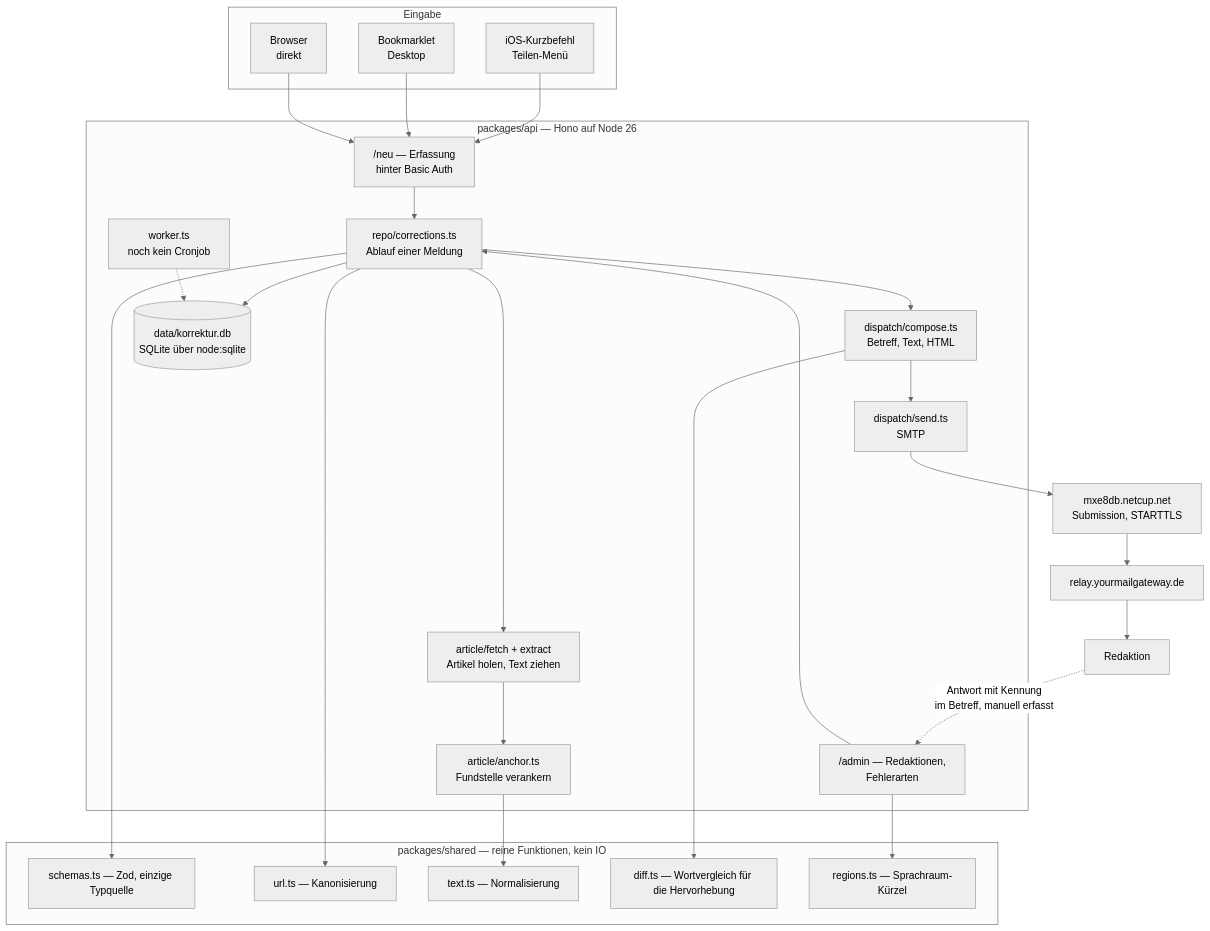
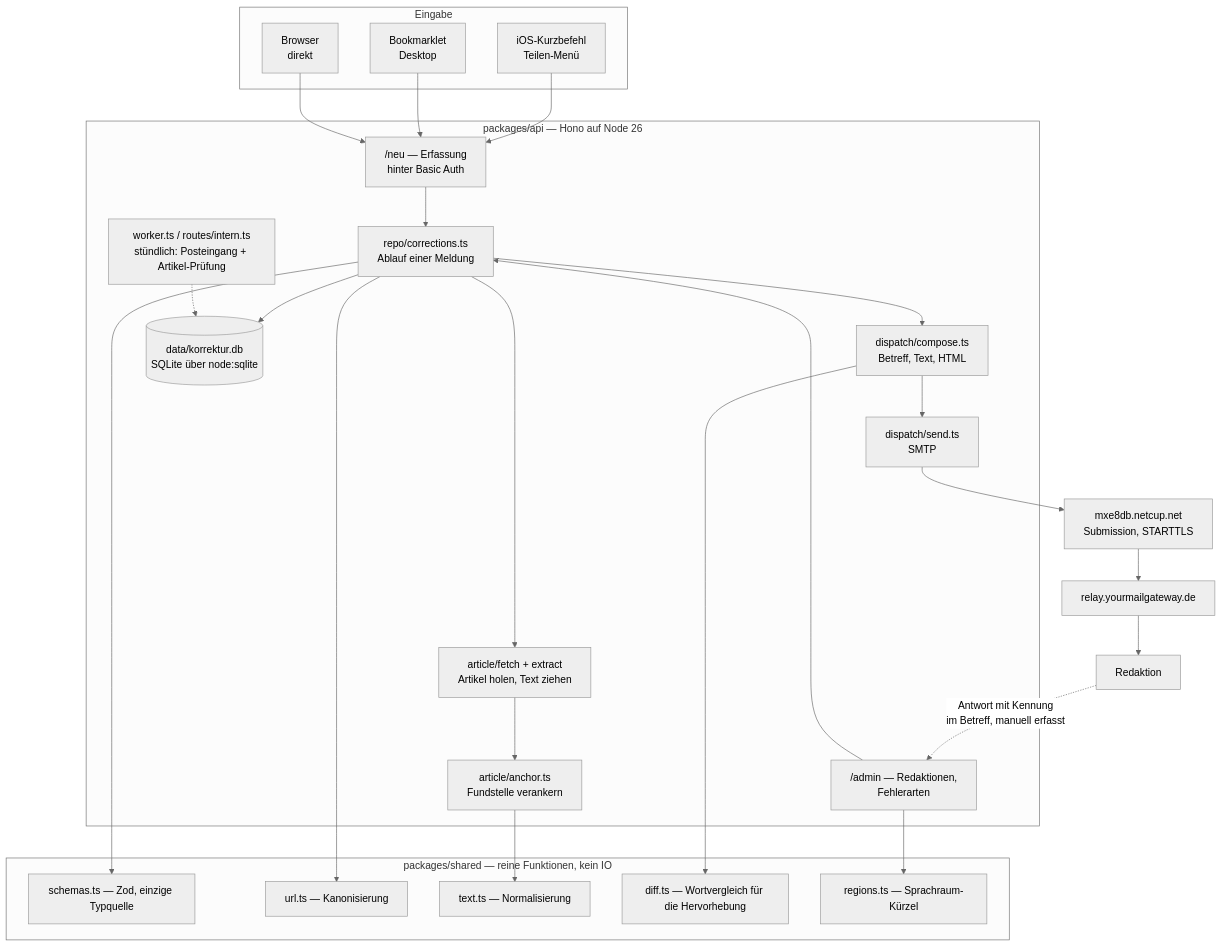
The first of 2 diagrams in docs/architektur.md (01msmr/corrections), drawn with Mermaid (neutral theme) before and after one commit. The commit also changed other lines of this file and 1 other file, not shown here.

First line of the commit message:
Doku nachgezogen: Artikel-Pruefung, Betrieb, offene Punkte

````diff
--- a/docs/architektur.md
+++ b/docs/architektur.md
@@ -9,46 +9,46 @@
 ```mermaid
 flowchart TB
     subgraph Eingabe
         KB["iOS-Kurzbefehl<br/>Teilen-Menü"]
         BM["Bookmarklet<br/>Desktop"]
         BR["Browser<br/>direkt"]
     end
 
     KB --> NEU
     BM --> NEU
     BR --> NEU
 
     NEU["/neu — Erfassung<br/>hinter Basic Auth"]
     ADM["/admin — Redaktionen,<br/>Fehlerarten"]
 
     subgraph API["packages/api — Hono auf Node 26"]
         NEU --> REPO
         ADM --> REPO
         REPO["repo/corrections.ts<br/>Ablauf einer Meldung"]
         REPO --> FETCH["article/fetch + extract<br/>Artikel holen, Text ziehen"]
         FETCH --> ANCHOR["article/anchor.ts<br/>Fundstelle verankern"]
         REPO --> COMPOSE["dispatch/compose.ts<br/>Betreff, Text, HTML"]
         COMPOSE --> SEND["dispatch/send.ts<br/>SMTP"]
         REPO --> DB[("data/korrektur.db<br/>SQLite über node:sqlite")]
-        WORKER["worker.ts<br/>noch kein Cronjob"] -.-> DB
+        WORKER["worker.ts / routes/intern.ts<br/>stündlich: Posteingang + Artikel-Prüfung"] -.-> DB
     end
 
     subgraph SHARED["packages/shared — reine Funktionen, kein IO"]
         SCHEMA["schemas.ts — Zod, einzige Typquelle"]
         URL["url.ts — Kanonisierung"]
         TEXT["text.ts — Normalisierung"]
         DIFF["diff.ts — Wortvergleich für die Hervorhebung"]
         REGION["regions.ts — Sprachraum-Kürzel"]
     end
 
     REPO --> SCHEMA
     REPO --> URL
     ANCHOR --> TEXT
     COMPOSE --> DIFF
     ADM --> REGION
 
     SEND --> MX["mxe8db.netcup.net<br/>Submission, STARTTLS"]
     MX --> RELAY["relay.yourmailgateway.de"]
     RELAY --> RED["Redaktion"]
     RED -. "Antwort mit Kennung<br/>im Betreff, manuell erfasst" .-> ADM
 ```
````
